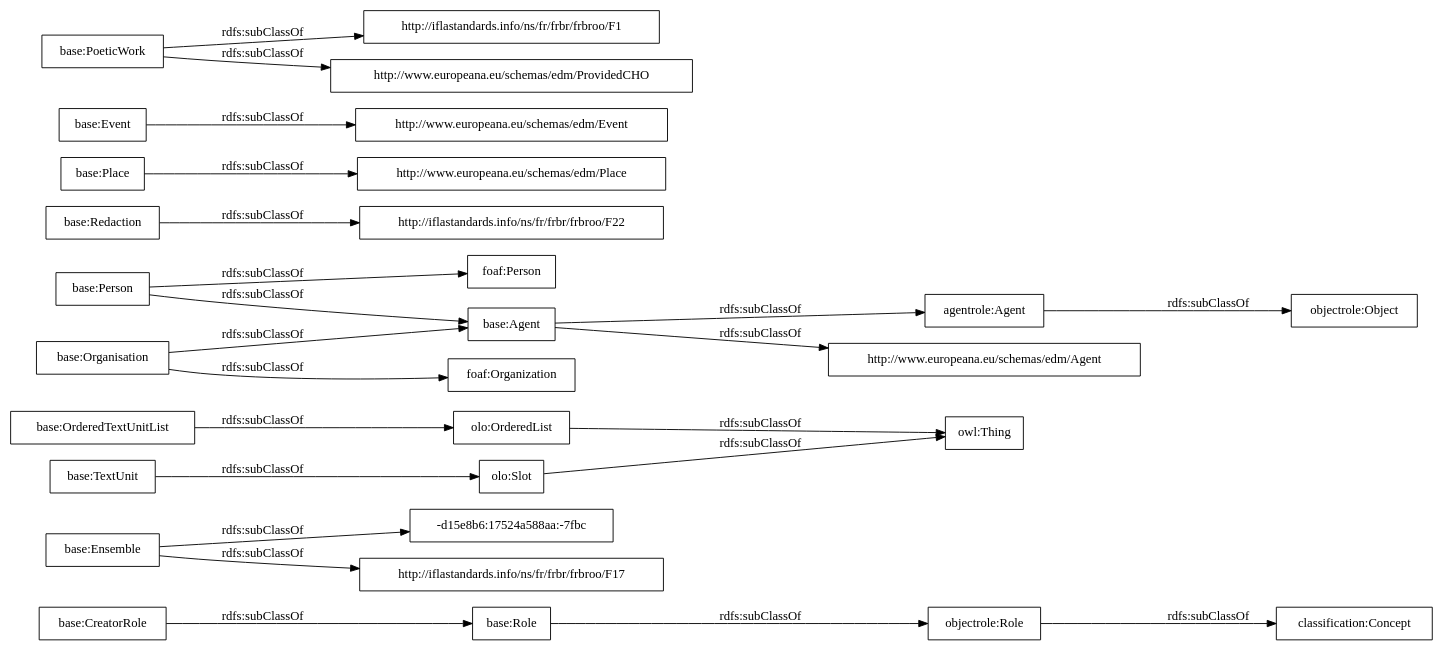
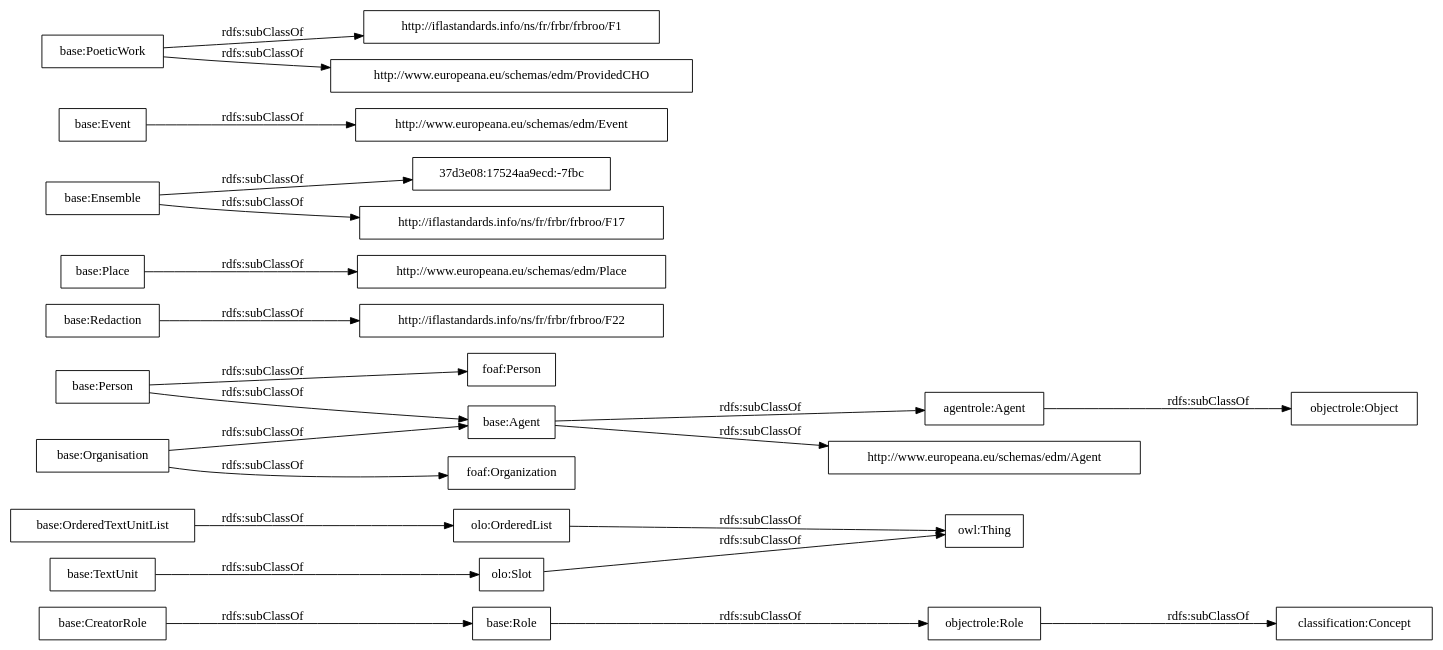
The diagram in OnToology/postdata-core.owl/diagrams/ar2dtool-taxonomy/postdata-core.owl.png.dot (OnToologyUser/core-ontology-1), drawn with Graphviz before and after one commit. The commit also changed 14 other files, not shown here.

```diff
--- a/OnToology/postdata-core.owl/diagrams/ar2dtool-taxonomy/postdata-core.owl.png.dot
+++ b/OnToology/postdata-core.owl/diagrams/ar2dtool-taxonomy/postdata-core.owl.png.dot
@@ -1,27 +1,27 @@
 digraph ar2dtool_diagram { 
 rankdir=LR;
 size="1000"
-node [shape = rectangle, color="black"]; "base:Role" "-d15e8b6:17524a588aa:-7fbc" "base:OrderedTextUnitList" "agentrole:Agent" "http://iflastandards.info/ns/fr/frbr/frbroo/F22" "http://www.europeana.eu/schemas/edm/Agent" "base:Agent" "base:CreatorRole" "base:Person" "base:Organisation" "http://www.europeana.eu/schemas/edm/Place" "base:Redaction" "base:Ensemble" "foaf:Person" "http://www.europeana.eu/schemas/edm/Event" "base:TextUnit" "http://iflastandards.info/ns/fr/frbr/frbroo/F1" "foaf:Organization" "http://www.europeana.eu/schemas/edm/ProvidedCHO" "base:Place" "base:Event" "base:PoeticWork" "http://iflastandards.info/ns/fr/frbr/frbroo/F17" "owl:Thing" "objectrole:Role" "objectrole:Object" "olo:Slot" "olo:OrderedList" "classification:Concept" ; /*classes style*/
+node [shape = rectangle, color="black"]; "base:Role" "base:OrderedTextUnitList" "agentrole:Agent" "http://iflastandards.info/ns/fr/frbr/frbroo/F22" "http://www.europeana.eu/schemas/edm/Agent" "base:Agent" "base:CreatorRole" "base:Person" "base:Organisation" "http://www.europeana.eu/schemas/edm/Place" "base:Redaction" "base:Ensemble" "foaf:Person" "http://www.europeana.eu/schemas/edm/Event" "base:TextUnit" "http://iflastandards.info/ns/fr/frbr/frbroo/F1" "foaf:Organization" "http://www.europeana.eu/schemas/edm/ProvidedCHO" "base:Place" "base:Event" "37d3e08:17524aa9ecd:-7fbc" "base:PoeticWork" "http://iflastandards.info/ns/fr/frbr/frbroo/F17" "owl:Thing" "objectrole:Role" "objectrole:Object" "olo:Slot" "olo:OrderedList" "classification:Concept" ; /*classes style*/
 	"base:Redaction" -> "http://iflastandards.info/ns/fr/frbr/frbroo/F22" [ label = "rdfs:subClassOf" ];
 	"base:Role" -> "objectrole:Role" [ label = "rdfs:subClassOf" ];
 	"base:Event" -> "http://www.europeana.eu/schemas/edm/Event" [ label = "rdfs:subClassOf" ];
 	"base:Person" -> "foaf:Person" [ label = "rdfs:subClassOf" ];
 	"base:Person" -> "base:Agent" [ label = "rdfs:subClassOf" ];
 	"olo:OrderedList" -> "owl:Thing" [ label = "rdfs:subClassOf" ];
 	"olo:Slot" -> "owl:Thing" [ label = "rdfs:subClassOf" ];
 	"base:PoeticWork" -> "http://www.europeana.eu/schemas/edm/ProvidedCHO" [ label = "rdfs:subClassOf" ];
 	"base:PoeticWork" -> "http://iflastandards.info/ns/fr/frbr/frbroo/F1" [ label = "rdfs:subClassOf" ];
 	"base:TextUnit" -> "olo:Slot" [ label = "rdfs:subClassOf" ];
 	"agentrole:Agent" -> "objectrole:Object" [ label = "rdfs:subClassOf" ];
-	"base:Ensemble" -> "-d15e8b6:17524a588aa:-7fbc" [ label = "rdfs:subClassOf" ];
+	"base:Ensemble" -> "37d3e08:17524aa9ecd:-7fbc" [ label = "rdfs:subClassOf" ];
 	"base:Ensemble" -> "http://iflastandards.info/ns/fr/frbr/frbroo/F17" [ label = "rdfs:subClassOf" ];
 	"base:OrderedTextUnitList" -> "olo:OrderedList" [ label = "rdfs:subClassOf" ];
 	"base:Agent" -> "agentrole:Agent" [ label = "rdfs:subClassOf" ];
 	"base:Agent" -> "http://www.europeana.eu/schemas/edm/Agent" [ label = "rdfs:subClassOf" ];
 	"objectrole:Role" -> "classification:Concept" [ label = "rdfs:subClassOf" ];
 	"base:Place" -> "http://www.europeana.eu/schemas/edm/Place" [ label = "rdfs:subClassOf" ];
 	"base:Organisation" -> "foaf:Organization" [ label = "rdfs:subClassOf" ];
 	"base:Organisation" -> "base:Agent" [ label = "rdfs:subClassOf" ];
 	"base:CreatorRole" -> "base:Role" [ label = "rdfs:subClassOf" ];
 
 }
```
